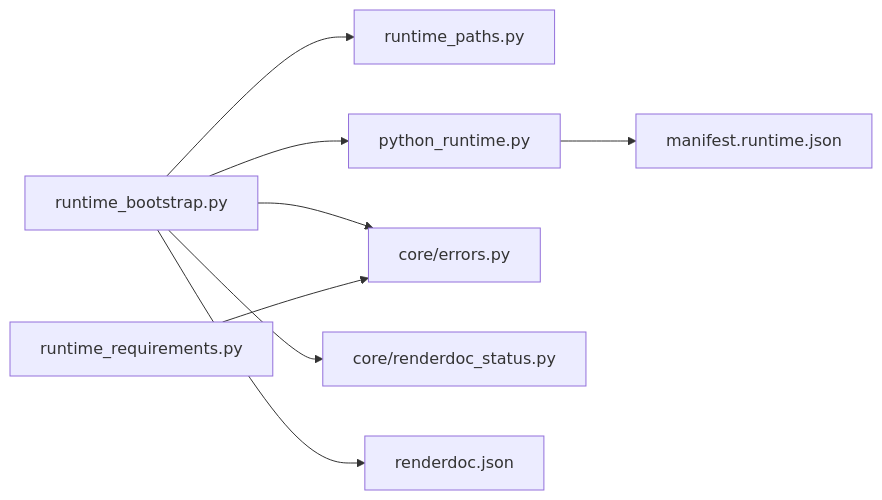
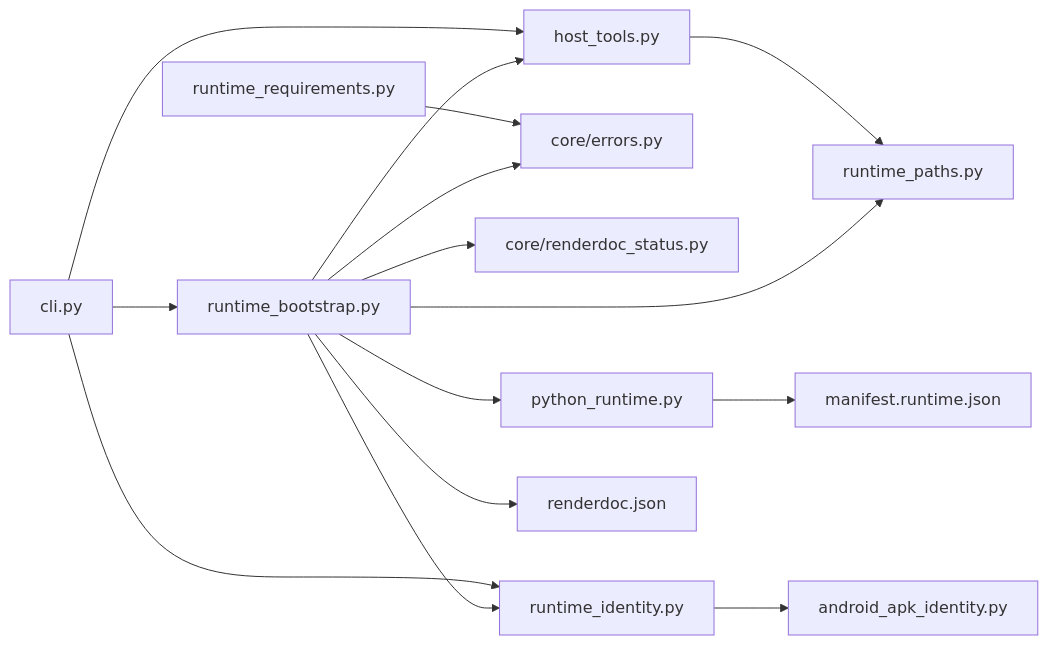
The sixth of 6 diagrams in .qoder/repowiki/zh/content/运行时管理/依赖检查系统.md (haolange/RDC-Tool), drawn with Mermaid before and after one commit. The commit also changed other lines of this file and 67 other files, not shown here.

````diff
--- a/.qoder/repowiki/zh/content/运行时管理/依赖检查系统.md
+++ b/.qoder/repowiki/zh/content/运行时管理/依赖检查系统.md
@@ -263,10 +362,17 @@
 ```mermaid
 graph LR
 RB["runtime_bootstrap.py"] --> RP["runtime_paths.py"]
 RB --> PR["python_runtime.py"]
 RB --> ER["core/errors.py"]
 RB --> RS["core/renderdoc_status.py"]
+RB --> HT["host_tools.py"]
+RB --> RI["runtime_identity.py"]
 RR["runtime_requirements.py"] --> ER
 PR --> MF["manifest.runtime.json"]
 RB --> RC["renderdoc.json"]
+HT --> RP
+RI --> AA["android_apk_identity.py"]
+CLI["cli.py"] --> RB
+CLI --> HT
+CLI --> RI
 ```
````
